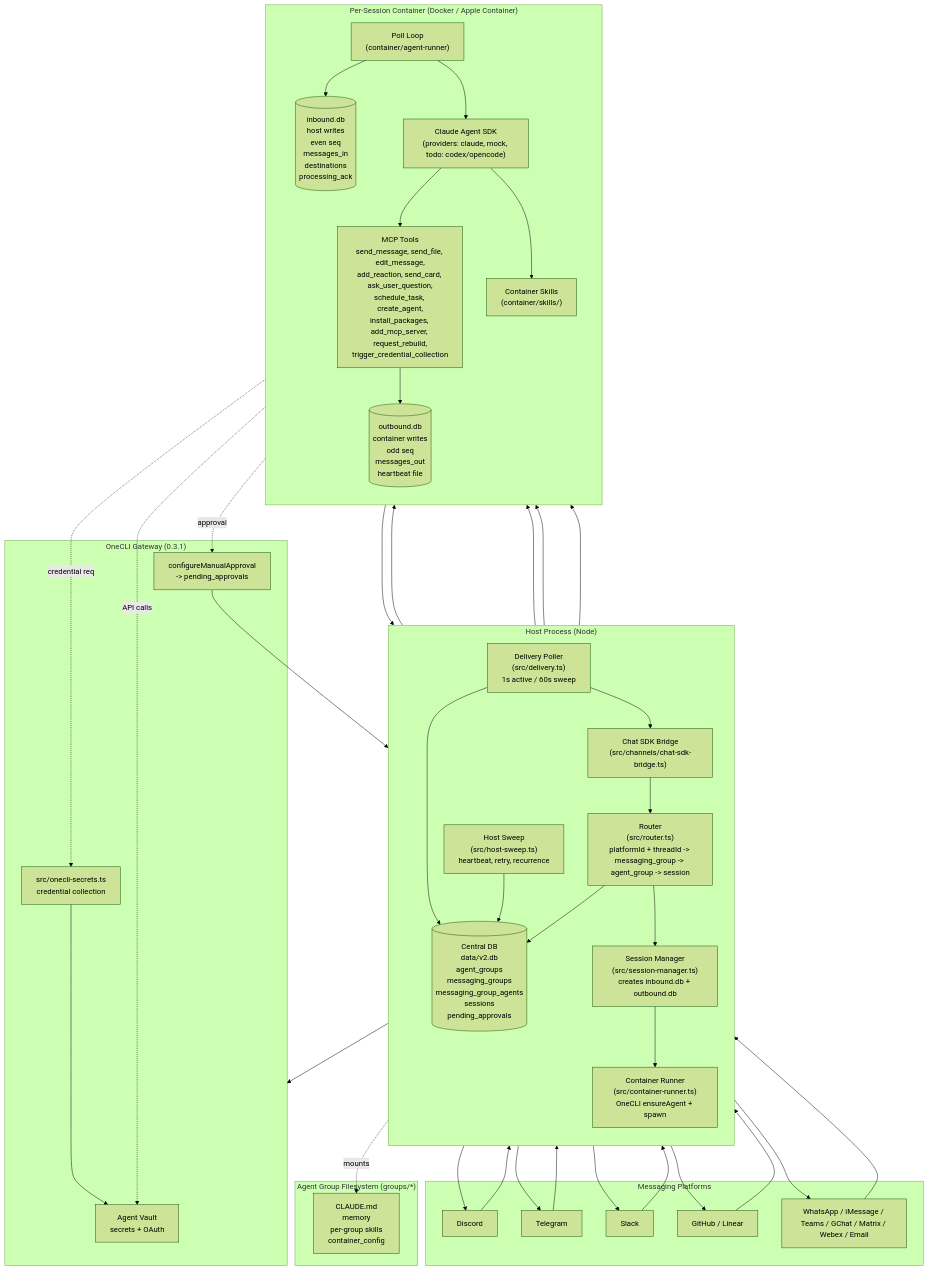
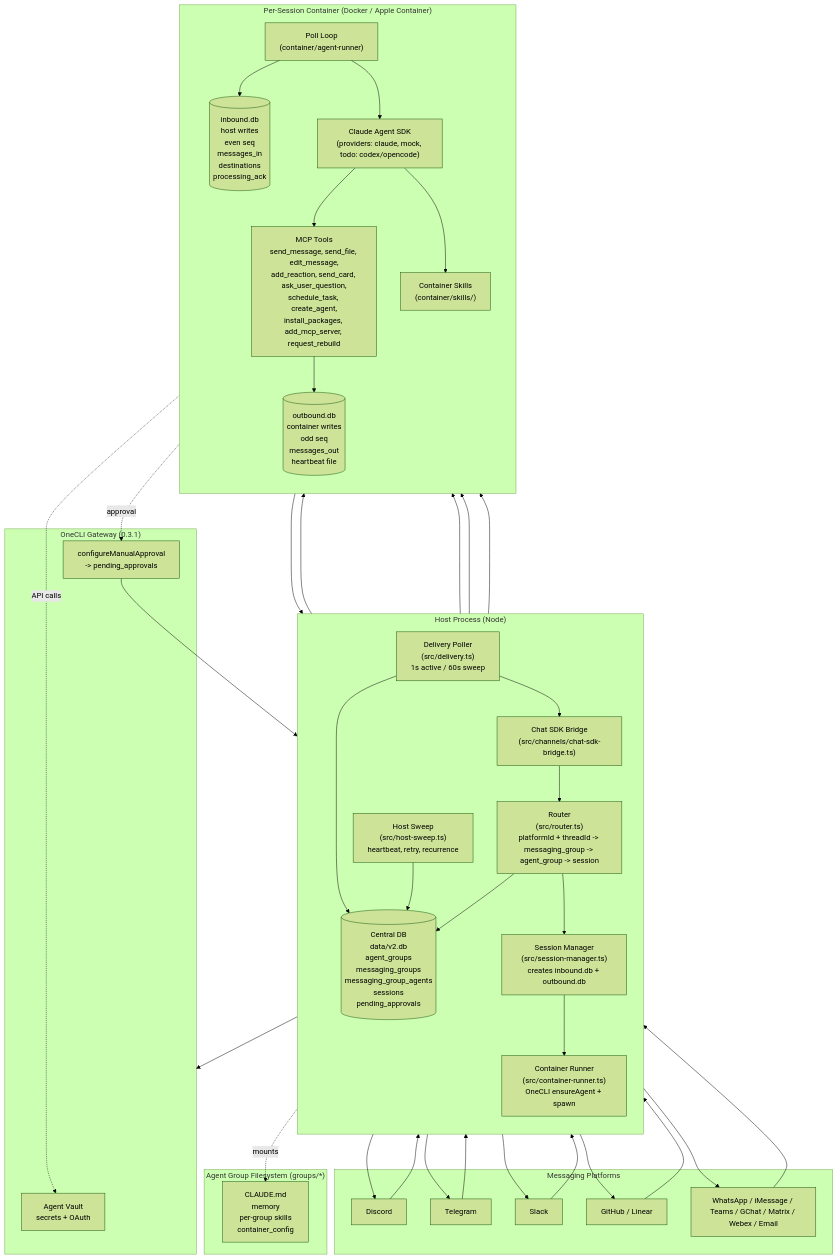
One commit to anupsinghinfra/oncellclaw changed the first of 5 diagrams in docs/v2-architecture-diagram.md. Above: the diagram before and after it, drawn with Mermaid (forest theme). The commit also changed 22 other files, not shown here.

````diff
--- a/docs/v2-architecture-diagram.md
+++ b/docs/v2-architecture-diagram.md
@@ -5,68 +5,65 @@
 ```mermaid
 flowchart TB
   subgraph Platforms["Messaging Platforms"]
     P1[Discord]
     P2[Telegram]
     P3[Slack]
     P4[GitHub / Linear]
     P5[WhatsApp / iMessage / Teams / GChat / Matrix / Webex / Email]
   end
 
   subgraph Host["Host Process (Node)"]
     direction TB
     Bridge["Chat SDK Bridge<br/>(src/channels/chat-sdk-bridge.ts)"]
     Router["Router<br/>(src/router.ts)<br/>platformId + threadId -> messaging_group -> agent_group -> session"]
     SessMgr["Session Manager<br/>(src/session-manager.ts)<br/>creates inbound.db + outbound.db"]
     Runner["Container Runner<br/>(src/container-runner.ts)<br/>OneCLI ensureAgent + spawn"]
     Delivery["Delivery Poller<br/>(src/delivery.ts)<br/>1s active / 60s sweep"]
     Sweep["Host Sweep<br/>(src/host-sweep.ts)<br/>heartbeat, retry, recurrence"]
     Central[("Central DB<br/>data/v2.db<br/>agent_groups<br/>messaging_groups<br/>messaging_group_agents<br/>sessions<br/>pending_approvals")]
   end
 
   subgraph OneCLI["OneCLI Gateway (0.3.1)"]
     Vault["Agent Vault<br/>secrets + OAuth"]
     Approvals["configureManualApproval<br/>-> pending_approvals"]
-    SecretsFacade["src/onecli-secrets.ts<br/>credential collection"]
   end
 
   subgraph Session["Per-Session Container (Docker / Apple Container)"]
     direction TB
     PollLoop["Poll Loop<br/>(container/agent-runner)"]
     Provider["Claude Agent SDK<br/>(providers: claude, mock, todo: codex/opencode)"]
-    MCP["MCP Tools<br/>send_message, send_file, edit_message,<br/>add_reaction, send_card, ask_user_question,<br/>schedule_task, create_agent,<br/>install_packages, add_mcp_server, request_rebuild,<br/>trigger_credential_collection"]
+    MCP["MCP Tools<br/>send_message, send_file, edit_message,<br/>add_reaction, send_card, ask_user_question,<br/>schedule_task, create_agent,<br/>install_packages, add_mcp_server, request_rebuild"]
     Skills["Container Skills<br/>(container/skills/)"]
     InDB[("inbound.db<br/>host writes<br/>even seq<br/>messages_in<br/>destinations<br/>processing_ack")]
     OutDB[("outbound.db<br/>container writes<br/>odd seq<br/>messages_out<br/>heartbeat file")]
   end
 
   subgraph Groups["Agent Group Filesystem (groups/*)"]
     Folder["CLAUDE.md<br/>memory<br/>per-group skills<br/>container_config"]
   end
 
   P1 & P2 & P3 & P4 & P5 --> Bridge
   Bridge --> Router
   Router --> Central
   Router --> SessMgr
   SessMgr --> InDB
   SessMgr --> Runner
   Runner --> OneCLI
   Runner --> PollLoop
   PollLoop --> InDB
   PollLoop --> Provider
   Provider --> MCP
   Provider --> Skills
   MCP --> OutDB
   OutDB --> Delivery
   Delivery --> Central
   Delivery --> Bridge
   Bridge --> P1 & P2 & P3 & P4 & P5
   Sweep --> InDB
   Sweep --> OutDB
   Sweep --> Central
   Runner -.mounts.-> Folder
   MCP -.approval.-> Approvals
   Approvals --> Central
-  MCP -.credential req.-> SecretsFacade
-  SecretsFacade --> Vault
   Provider -.API calls.-> Vault
 ```
````
